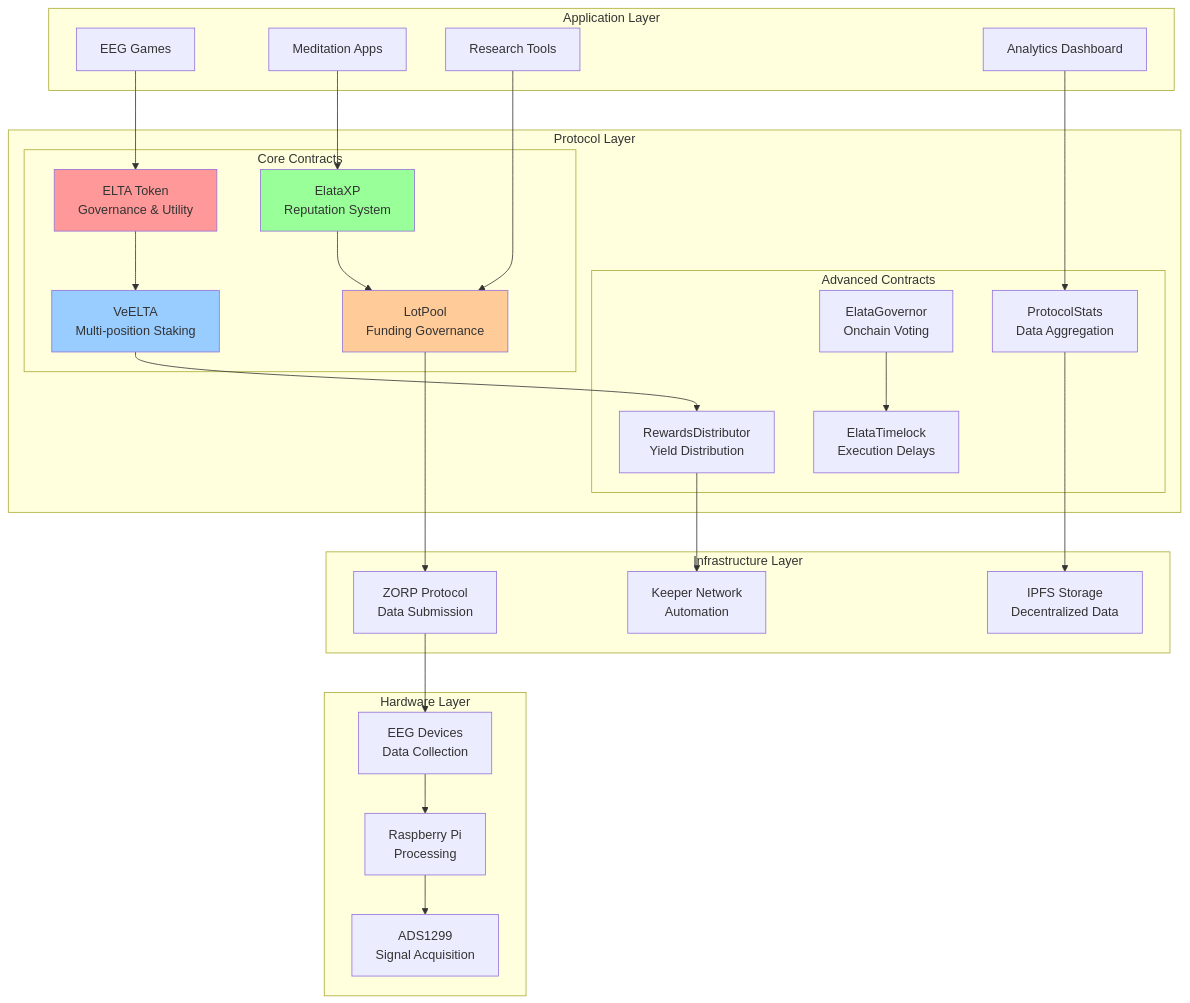
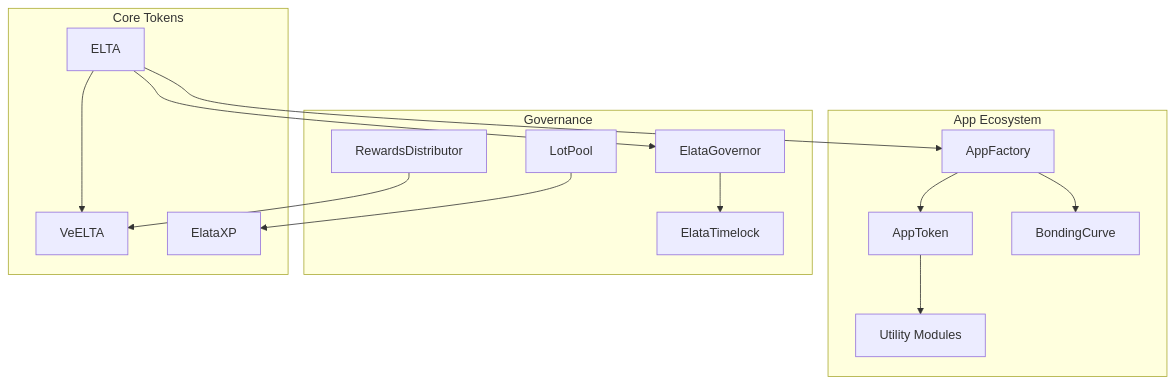
The first of 3 diagrams in docs/ARCHITECTURE.md (Elata-Biosciences/elata-protocol), drawn with Mermaid before and after one commit. The commit also changed other lines of this file and 11 other files, not shown here.

````diff
--- a/docs/ARCHITECTURE.md
+++ b/docs/ARCHITECTURE.md
@@ -5,60 +15,34 @@
 ```mermaid
 graph TB
-    subgraph "Application Layer"
-        APP1[EEG Games]
-        APP2[Meditation Apps]
-        APP3[Research Tools]
-        APP4[Analytics Dashboard]
+    subgraph "App Ecosystem"
+        AppFactory[AppFactory]
+        AppToken[AppToken]
+        BondingCurve[BondingCurve]
+        Modules[Utility Modules]
     end
     
-    subgraph "Protocol Layer"
-        subgraph "Core Contracts"
-            ELTA[ELTA Token<br/>Governance & Utility]
-            VE[VeELTA<br/>Multi-position Staking]
-            XP[ElataXP<br/>Reputation System]
-            LP[LotPool<br/>Funding Governance]
-        end
-        
-        subgraph "Advanced Contracts"
-            RD[RewardsDistributor<br/>Yield Distribution]
-            GOV[ElataGovernor<br/>Onchain Voting]
-            TL[ElataTimelock<br/>Execution Delays]
-            STATS[ProtocolStats<br/>Data Aggregation]
-        end
+    subgraph "Governance"
+        Governor[ElataGovernor]
+        Timelock[ElataTimelock]
+        LotPool[LotPool]
+        Rewards[RewardsDistributor]
     end
     
-    subgraph "Infrastructure Layer"
-        ZORP[ZORP Protocol<br/>Data Submission]
-        IPFS[IPFS Storage<br/>Decentralized Data]
-        KEEPERS[Keeper Network<br/>Automation]
+    subgraph "Core Tokens"
+        ELTA[ELTA]
+        VeELTA[VeELTA]
+        XP[ElataXP]
     end
     
-    subgraph "Hardware Layer"
-        EEG[EEG Devices<br/>Data Collection]
-        PI[Raspberry Pi<br/>Processing]
-        ADS[ADS1299<br/>Signal Acquisition]
-    end
+    AppFactory --> AppToken
+    AppFactory --> BondingCurve
+    AppToken --> Modules
     
-    APP1 --> ELTA
-    APP2 --> XP
-    APP3 --> LP
-    APP4 --> STATS
+    Governor --> Timelock
+    LotPool --> XP
+    Rewards --> VeELTA
     
-    ELTA --> VE
-    VE --> RD
-    XP --> LP
-    GOV --> TL
-    
-    LP --> ZORP
-    RD --> KEEPERS
-    STATS --> IPFS
-    
-    ZORP --> EEG
-    EEG --> PI
-    PI --> ADS
-    
-    style ELTA fill:#ff9999
-    style VE fill:#99ccff
-    style XP fill:#99ff99
-    style LP fill:#ffcc99
+    ELTA --> VeELTA
+    ELTA --> Governor
+    ELTA --> AppFactory
 ```
````
